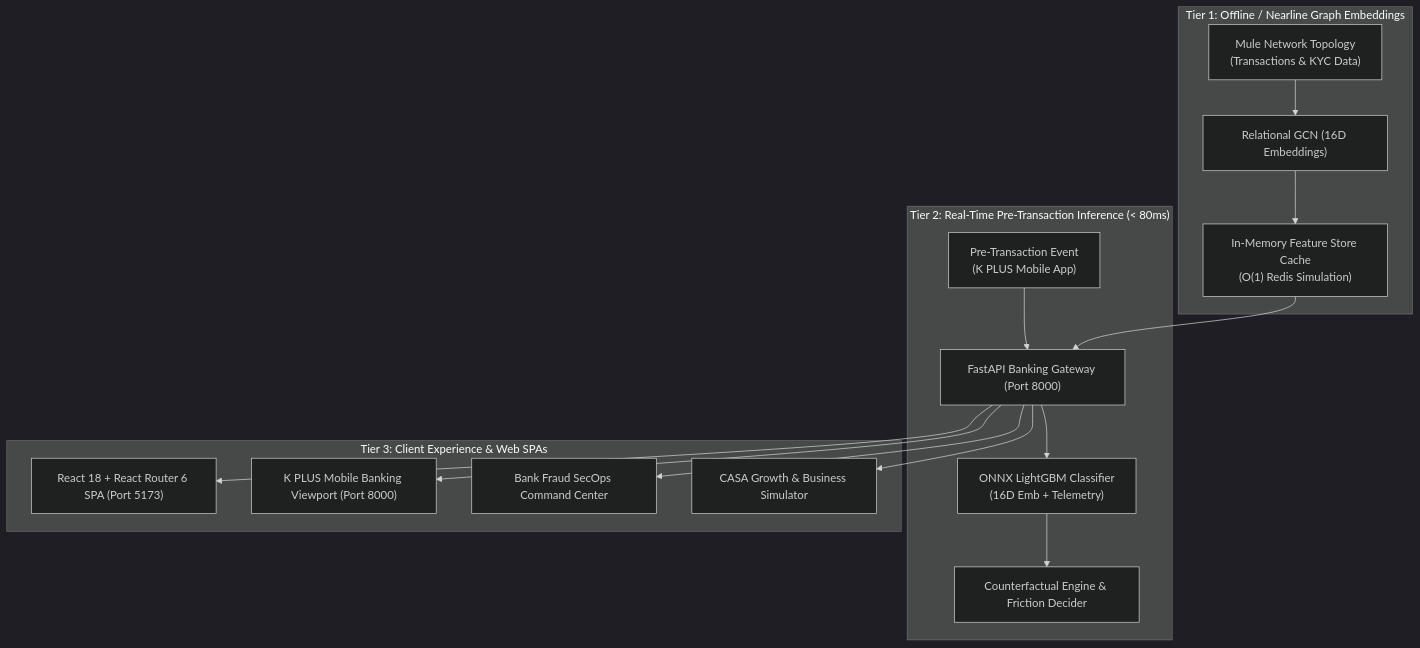
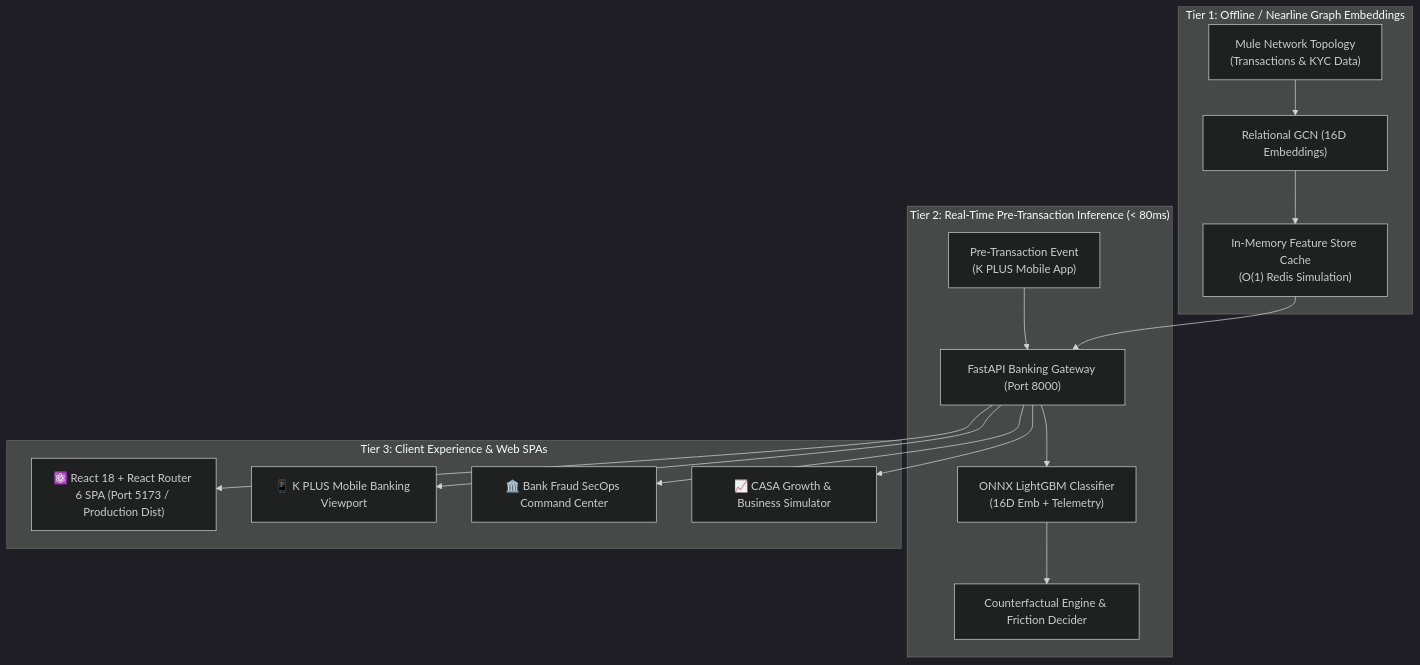
The diagram in README.md (svkhun/k-sentinel-wealthpilot), drawn with Mermaid (dark theme) before and after one commit. The commit also changed other lines of this file, not shown here.

````diff
--- a/README.md
+++ b/README.md
@@ -67,21 +78,21 @@
 ```mermaid
 graph TD
     subgraph "Tier 1: Offline / Nearline Graph Embeddings"
         GraphData["Mule Network Topology<br/>(Transactions & KYC Data)"] --> RGCN["Relational GCN (16D Embeddings)"]
         RGCN --> FStore["In-Memory Feature Store Cache<br/>(O(1) Redis Simulation)"]
     end
 
     subgraph "Tier 2: Real-Time Pre-Transaction Inference (< 80ms)"
         ClientTX["Pre-Transaction Event<br/>(K PLUS Mobile App)"] --> API["FastAPI Banking Gateway (Port 8000)"]
         FStore --> API
         API --> LGBM["ONNX LightGBM Classifier<br/>(16D Emb + Telemetry)"]
         LGBM --> XAI["Counterfactual Engine & Friction Decider"]
     end
 
     subgraph "Tier 3: Client Experience & Web SPAs"
-        API --> ReactRouter[" React 18 + React Router 6 SPA (Port 5173)"]
-        API --> WebMobile[" K PLUS Mobile Banking Viewport (Port 8000)"]
-        API --> WebSecOps[" Bank Fraud SecOps Command Center"]
-        API --> WebCASA[" CASA Growth & Business Simulator"]
+        API --> ReactRouter["⚛️ React 18 + React Router 6 SPA (Port 5173 / Production Dist)"]
+        API --> WebMobile["📱 K PLUS Mobile Banking Viewport"]
+        API --> WebSecOps["🏛️ Bank Fraud SecOps Command Center"]
+        API --> WebCASA["📈 CASA Growth & Business Simulator"]
     end
 ```
````
